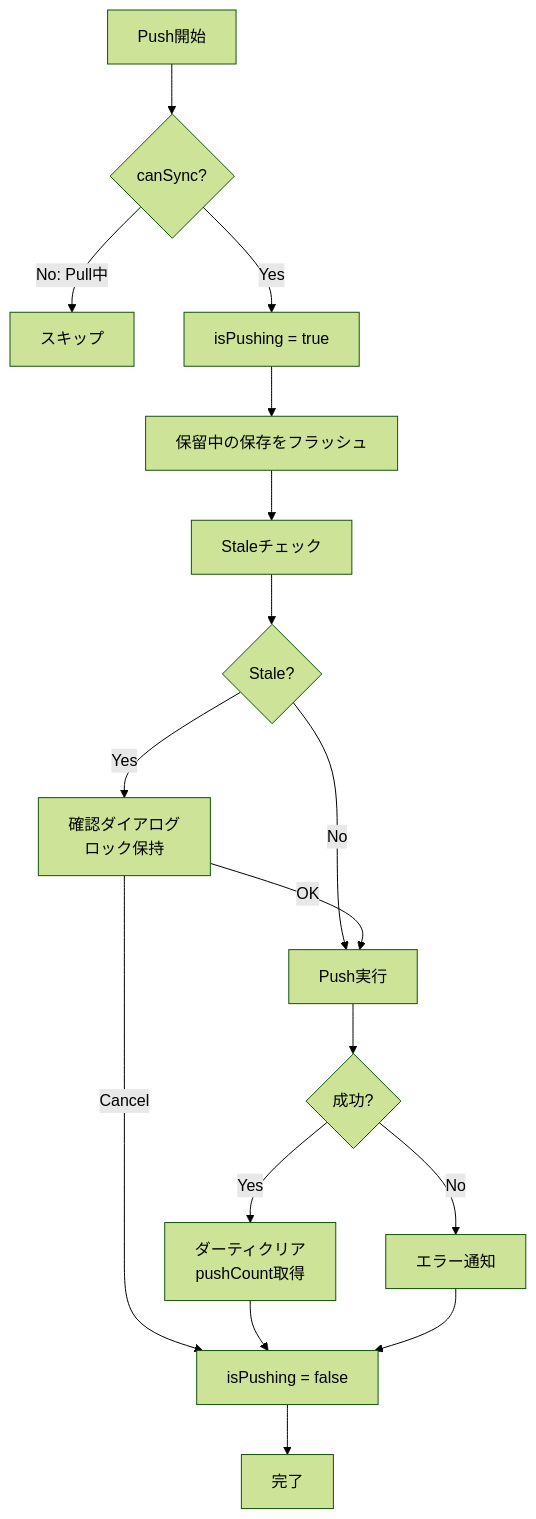
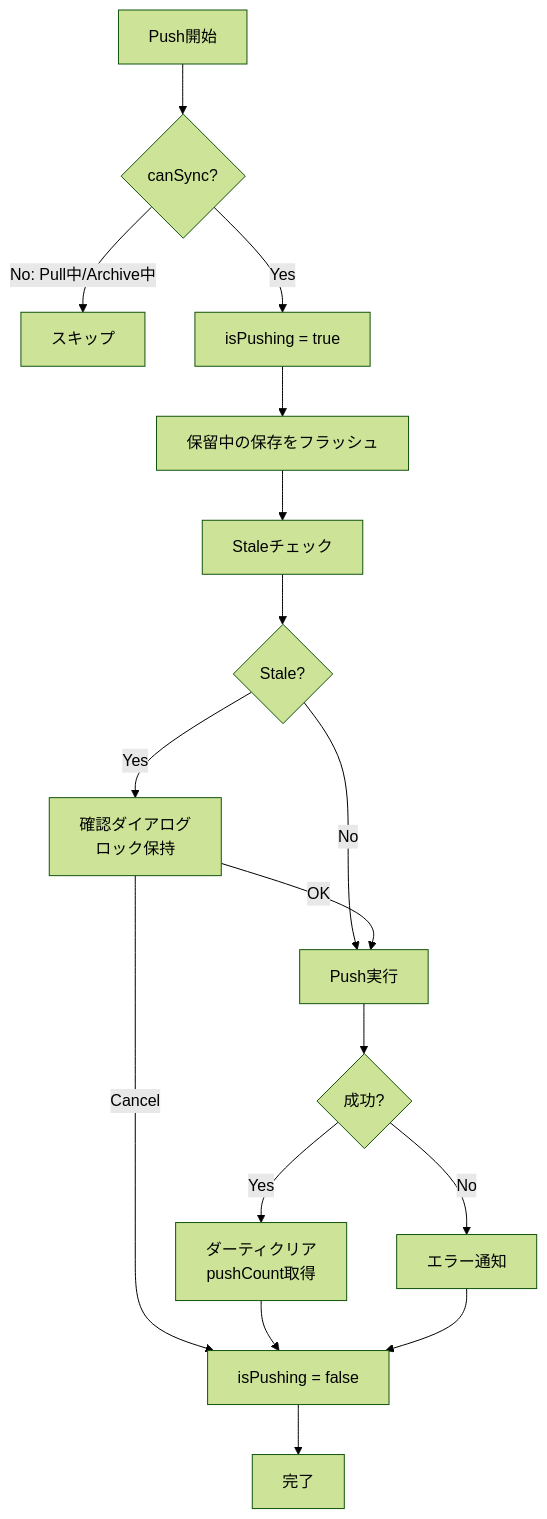
Before and after one commit to kako-jun/agasteer: the first of 3 diagrams in docs/development/sync/push-pull.md, drawn with Mermaid (forest theme). The commit also changed other lines of this file and 18 other files, not shown here.

````diff
--- a/docs/development/sync/push-pull.md
+++ b/docs/development/sync/push-pull.md
@@ -48,19 +48,19 @@
 ```mermaid
 flowchart TD
     Start[Push開始] --> Check1{canSync?}
-    Check1 -->|No: Pull中| End1[スキップ]
+    Check1 -->|No: Pull中/Archive中| End1[スキップ]
     Check1 -->|Yes| Lock[isPushing = true]
     Lock --> Flush[保留中の保存をフラッシュ]
     Flush --> Stale[Staleチェック]
     Stale --> Check2{Stale?}
     Check2 -->|Yes| Confirm[確認ダイアログ<br/>ロック保持]
     Check2 -->|No| Push
     Confirm -->|OK| Push[Push実行]
     Confirm -->|Cancel| Unlock
     Push --> Success{成功?}
     Success -->|Yes| Clear[ダーティクリア<br/>pushCount取得]
     Success -->|No| Notify[エラー通知]
     Clear --> Unlock[isPushing = false]
     Notify --> Unlock
     Unlock --> End2[完了]
 ```
````
